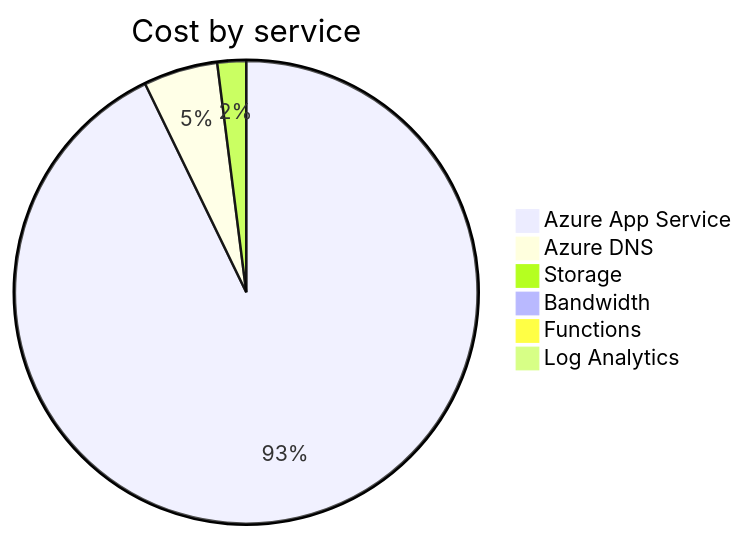
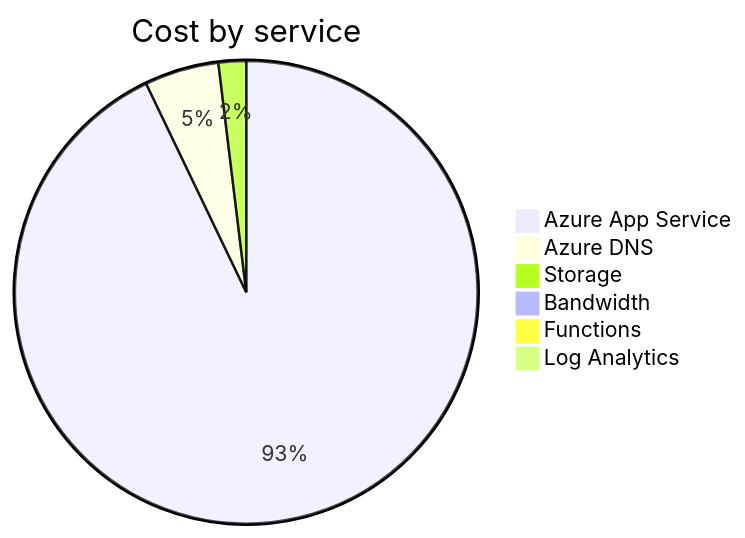
Before and after one commit to jpfulton/azure-personal-reports: the second of 4 diagrams in cost-reports/accumulated-cost.md, drawn with Mermaid. The commit also changed other lines of this file and 4 other files, not shown here.

````diff
--- a/cost-reports/accumulated-cost.md
+++ b/cost-reports/accumulated-cost.md
@@ -98,10 +98,10 @@
 ```mermaid
 pie
    title Cost by service
-   "Azure App Service" : 5.55
-   "Azure DNS" : 0.31
-   "Storage" : 0.12
+   "Azure App Service" : 6.26
+   "Azure DNS" : 0.35
+   "Storage" : 0.13
    "Bandwidth" : 0.00
    "Functions" : 0.00
    "Log Analytics" : 0.00
 ```
````
